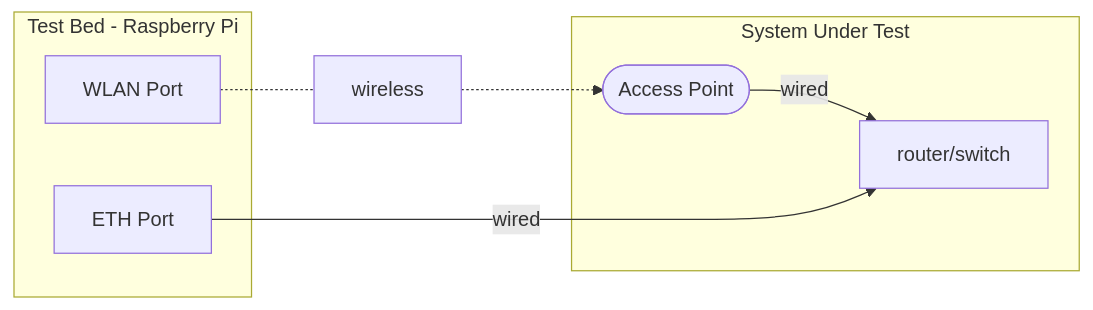
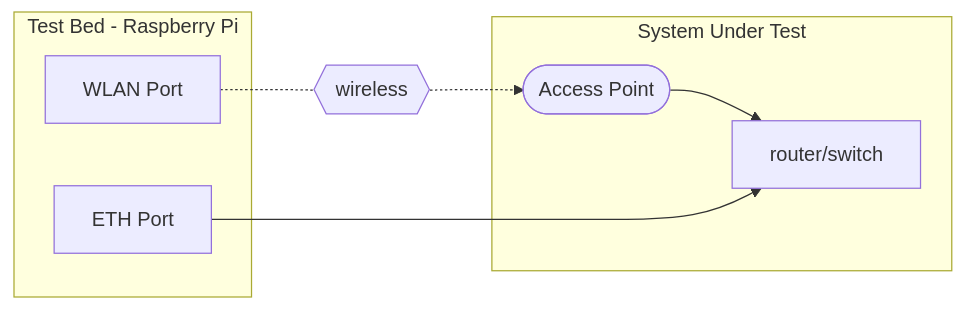
Before and after one commit to wireless-broadband-alliance/radius-accounting-testbed: the first of 2 diagrams in README.md, drawn with Mermaid.

````diff
--- a/README.md
+++ b/README.md
@@ -119,14 +119,14 @@
 ```mermaid
 flowchart LR
     subgraph testbed [Test Bed - Raspberry Pi]
         eth[ETH Port]
         wlan[WLAN Port]
     end
     subgraph sut [System Under Test]
         ap([Access Point])
         rs[router/switch]
-        ap --wired--> rs
+        ap --> rs
     end
-    eth--wired-->rs
-    wlan-.-wireless-.->ap
+    eth-->rs
+    wlan-.-wireless{{wireless}}-.->ap
 ```
````
